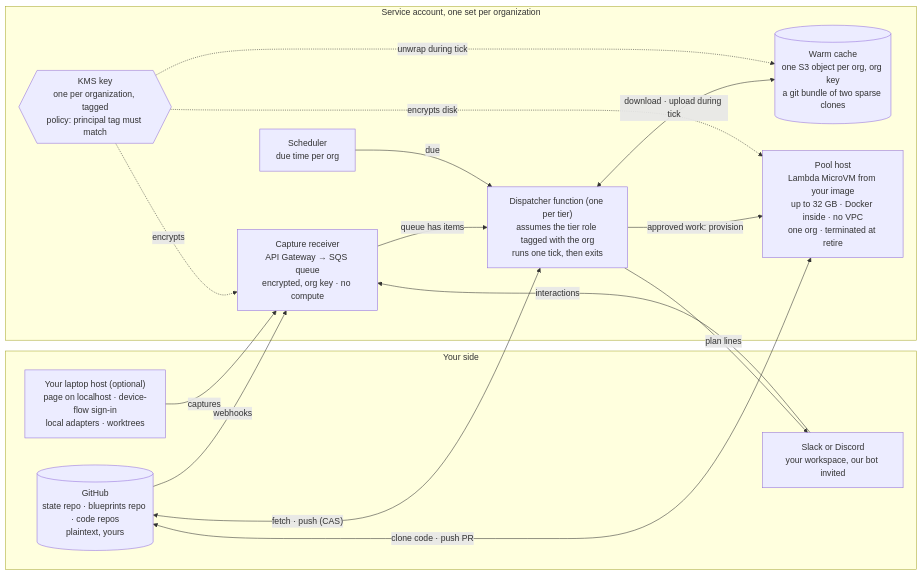
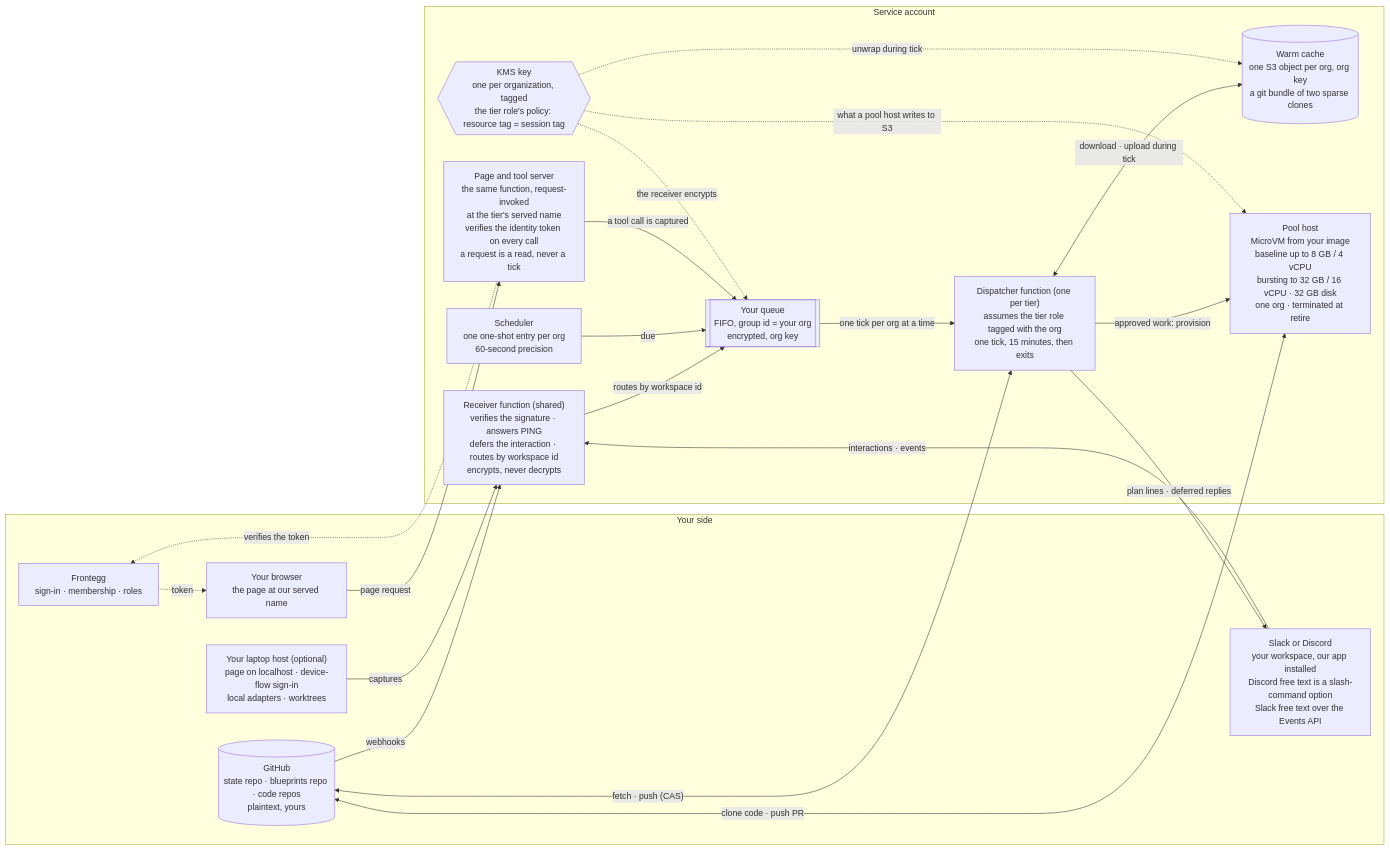
The diagram in design/flywheel-next/proposals/hosted-design.md (agentplot/blueprints), drawn with Mermaid before and after one commit. The commit also changed other lines of this file and 11 other files, not shown here.

First line of the commit message:
docs(flywheel-next): hosted design review applied — 46/191/217c/217i/259/269–271/275–277/281 amended, 290–292 added (shared components, page and tool server, invoked-host liveness); proposals and dispatch model reconciled

````diff
--- a/design/flywheel-next/proposals/hosted-design.md
+++ b/design/flywheel-next/proposals/hosted-design.md
@@ -15,29 +16,38 @@
 ```mermaid
 flowchart LR
   subgraph you["Your side"]
     gh[("GitHub<br/>state repo · blueprints repo · code repos<br/>plaintext, yours")]
     lap["Your laptop host (optional)<br/>page on localhost · device-flow sign-in<br/>local adapters · worktrees"]
-    chat["Slack or Discord<br/>your workspace, our bot invited"]
+    chat["Slack or Discord<br/>your workspace, our app installed<br/>Discord free text is a slash-command option<br/>Slack free text over the Events API"]
+    idp["Frontegg<br/>sign-in · membership · roles"]
+    br["Your browser<br/>the page at our served name"]
   end
-  subgraph svc["Service account, one set per organization"]
-    rcv["Capture receiver<br/>API Gateway → SQS queue<br/>encrypted, org key · no compute"]
-    disp["Dispatcher function (one per tier)<br/>assumes the tier role tagged with the org<br/>runs one tick, then exits"]
-    efs[("Warm cache<br/>one S3 object per org, org key<br/>a git bundle of two sparse clones")]
-    sched["Scheduler<br/>due time per org"]
-    pool["Pool host<br/>Lambda MicroVM from your image<br/>up to 32 GB · Docker inside · no VPC<br/>one org · terminated at retire"]
-    key{{"KMS key<br/>one per organization, tagged<br/>policy: principal tag must match"}}
+  subgraph svc["Service account"]
+    rcv["Receiver function (shared)<br/>verifies the signature · answers PING<br/>defers the interaction · routes by workspace id<br/>encrypts, never decrypts"]
+    q[["Your queue<br/>FIFO, group id = your org<br/>encrypted, org key"]]
+    disp["Dispatcher function (one per tier)<br/>assumes the tier role tagged with the org<br/>one tick, 15 minutes, then exits"]
+    page["Page and tool server<br/>the same function, request-invoked<br/>at the tier's served name<br/>verifies the identity token on every call<br/>a request is a read, never a tick"]
+    cache[("Warm cache<br/>one S3 object per org, org key<br/>a git bundle of two sparse clones")]
+    sched["Scheduler<br/>one one-shot entry per org<br/>60-second precision"]
+    pool["Pool host<br/>MicroVM from your image<br/>baseline up to 8 GB / 4 vCPU<br/>bursting to 32 GB / 16 vCPU · 32 GB disk<br/>one org · terminated at retire"]
+    key{{"KMS key<br/>one per organization, tagged<br/>the tier role's policy: resource tag = session tag"}}
   end
   gh -- "webhooks" --> rcv
-  chat -- "interactions" --> rcv
+  chat -- "interactions · events" --> rcv
   lap -- "captures" --> rcv
-  rcv -- "queue has items" --> disp
-  sched -- "due" --> disp
+  rcv -- "routes by workspace id" --> q
+  q -- "one tick per org at a time" --> disp
+  sched -- "due" --> q
+  br -- "page request" --> page
+  idp -. "token" .-> br
+  page -. "verifies the token" .-> idp
+  page -- "a tool call is captured" --> q
   disp <-- "fetch · push (CAS)" --> gh
-  disp <-- "download · upload during tick" --> efs
-  disp -- "plan lines" --> chat
+  disp <-- "download · upload during tick" --> cache
+  disp -- "plan lines · deferred replies" --> chat
   disp -- "approved work: provision" --> pool
   pool <-- "clone code · push PR" --> gh
-  key -. "unwrap during tick" .-> efs
-  key -. "encrypts" .-> rcv
-  key -. "encrypts disk" .-> pool
+  key -. "unwrap during tick" .-> cache
+  key -. "the receiver encrypts" .-> q
+  key -. "what a pool host writes to S3" .-> pool
 ```
````
